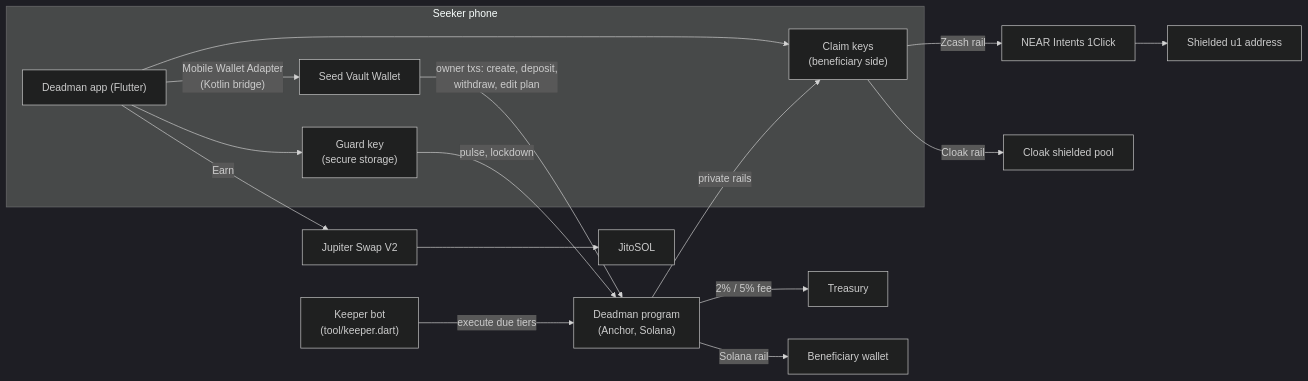
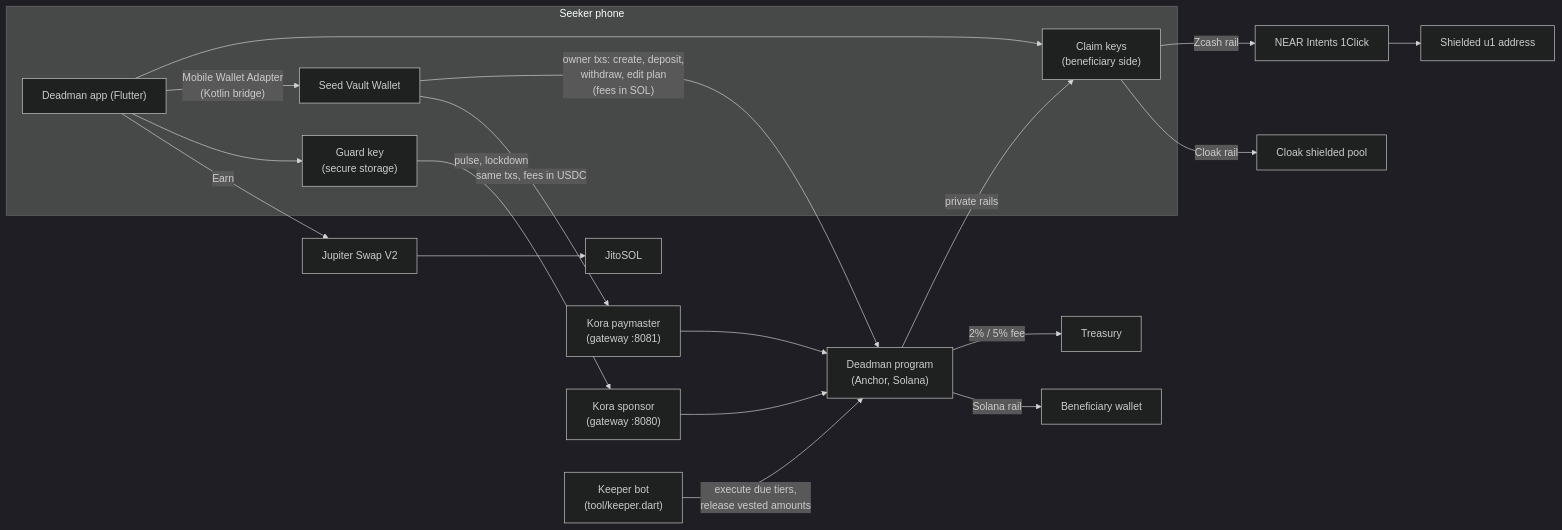
The first of 3 diagrams in docs/HOW_IT_WORKS.md (GabrielNeugebauer/deadman), drawn with Mermaid (dark theme) before and after one commit. The commit also changed other lines of this file and 57 other files, not shown here.

````diff
--- a/docs/HOW_IT_WORKS.md
+++ b/docs/HOW_IT_WORKS.md
@@ -11,22 +11,23 @@
 ```mermaid
 flowchart LR
   subgraph Phone["Seeker phone"]
     App["Deadman app (Flutter)"]
     Guard["Guard key\n(secure storage)"]
     Claim["Claim keys\n(beneficiary side)"]
     SVW["Seed Vault Wallet"]
   end
   App -- "Mobile Wallet Adapter\n(Kotlin bridge)" --> SVW
   App --> Guard
   App --> Claim
   Program["Deadman program\n(Anchor, Solana)"]
-  SVW -- "owner txs: create, deposit,\nwithdraw, edit plan" --> Program
-  Guard -- "pulse, lockdown" --> Program
-  Keeper["Keeper bot\n(tool/keeper.dart)"] -- "execute due tiers" --> Program
+  SVW -- "owner txs: create, deposit,\nwithdraw, edit plan\n(fees in SOL)" --> Program
+  SVW -- "same txs, fees in USDC" --> Paymaster["Kora paymaster\n(gateway :8081)"] --> Program
+  Guard -- "pulse, lockdown" --> Sponsor["Kora sponsor\n(gateway :8080)"] --> Program
+  Keeper["Keeper bot\n(tool/keeper.dart)"] -- "execute due tiers,\nrelease vested amounts" --> Program
   Program -- "2% / 5% fee" --> Treasury["Treasury"]
   Program -- "Solana rail" --> Heir["Beneficiary wallet"]
   Program -- "private rails" --> Claim
   Claim -- "Zcash rail" --> NEAR["NEAR Intents 1Click"] --> ZEC["Shielded u1 address"]
   Claim -- "Cloak rail" --> Cloak["Cloak shielded pool"]
   App -- "Earn" --> Jup["Jupiter Swap V2"] --> Jito["JitoSOL"]
 ```
````
